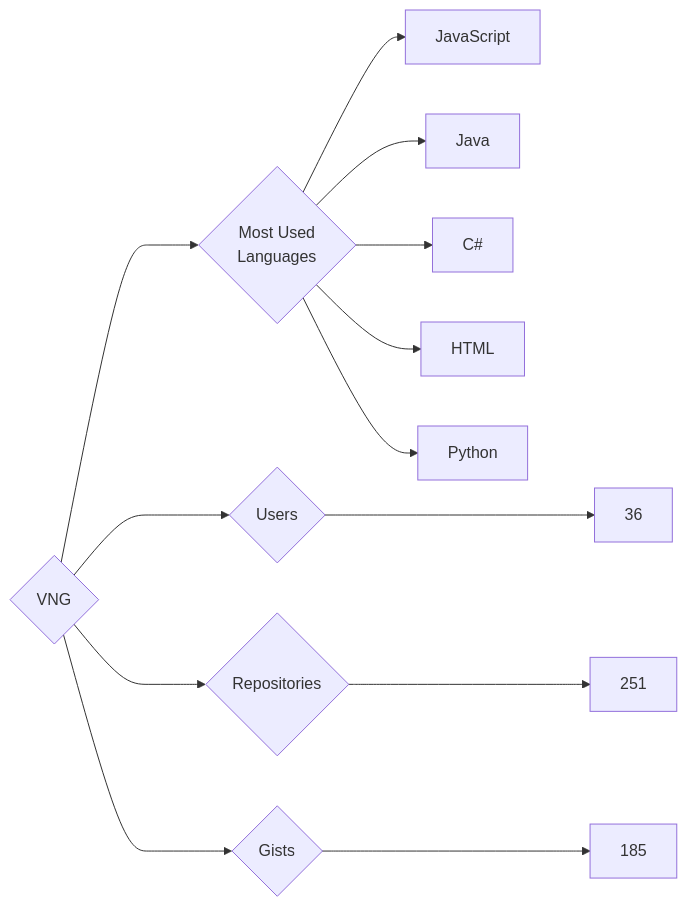
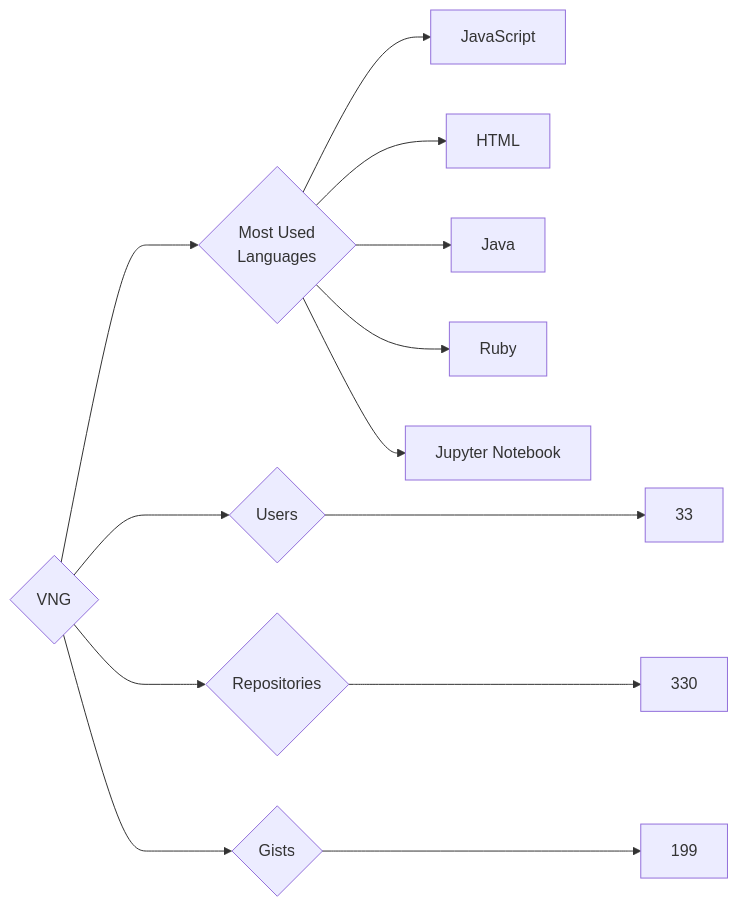
Before and after one commit to trickest/insiders: the diagram in targets/VNG/README.md, drawn with Mermaid. The commit also changed 534 other files, not shown here.

````diff
--- a/targets/VNG/README.md
+++ b/targets/VNG/README.md
@@ -3,13 +3,13 @@
 ```mermaid
 graph LR
 COMPANY_NAME{VNG}
-COMPANY_NAME ---> U{Users} ---> UN[36]
-COMPANY_NAME ---> R{Repositories} ---> RN[251]
-COMPANY_NAME ---> G{Gists} ---> GN[185]
+COMPANY_NAME ---> U{Users} ---> UN[33]
+COMPANY_NAME ---> R{Repositories} ---> RN[330]
+COMPANY_NAME ---> G{Gists} ---> GN[199]
 COMPANY_NAME ---> ML{Most Used<br>Languages}
 ML --> JavaScript[JavaScript]
+ML --> HTML[HTML]
 ML --> Java[Java]
-ML --> C#[C#]
-ML --> HTML[HTML]
-ML --> Python[Python]
+ML --> Ruby[Ruby]
+ML --> Jupyter_Notebook[Jupyter Notebook]
 ```
````
